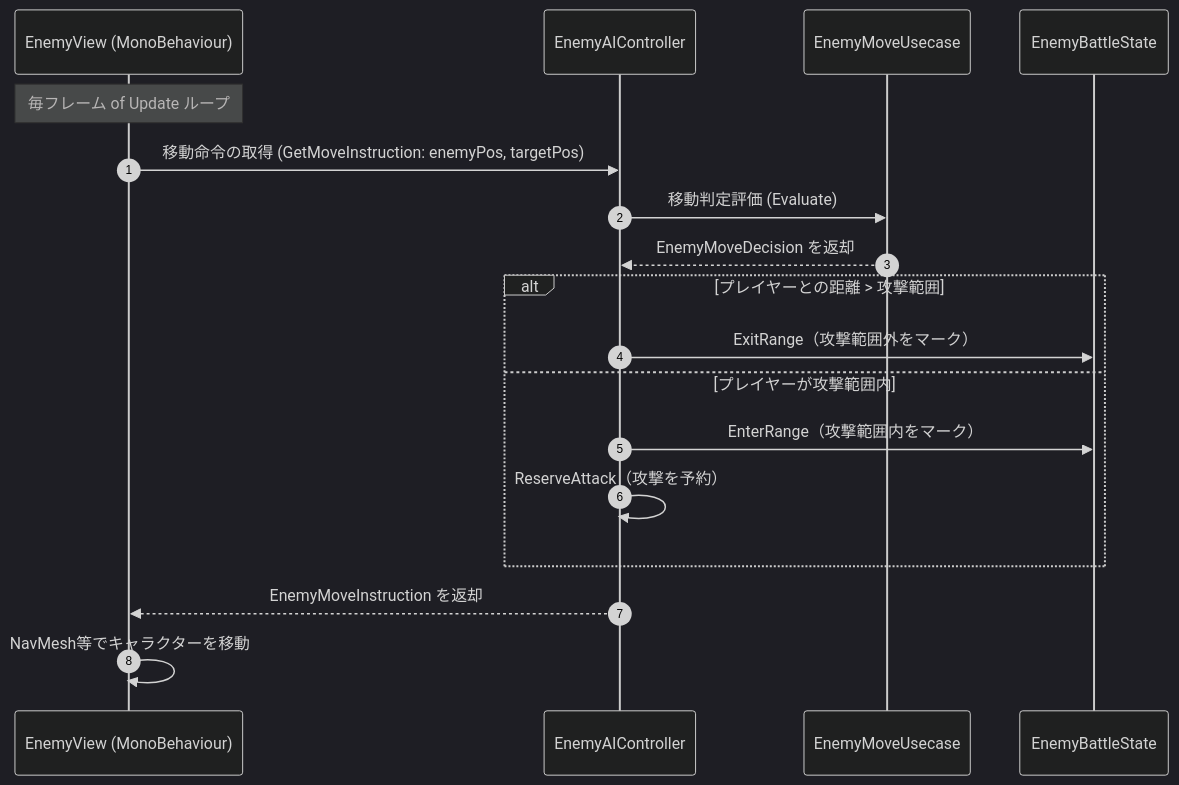
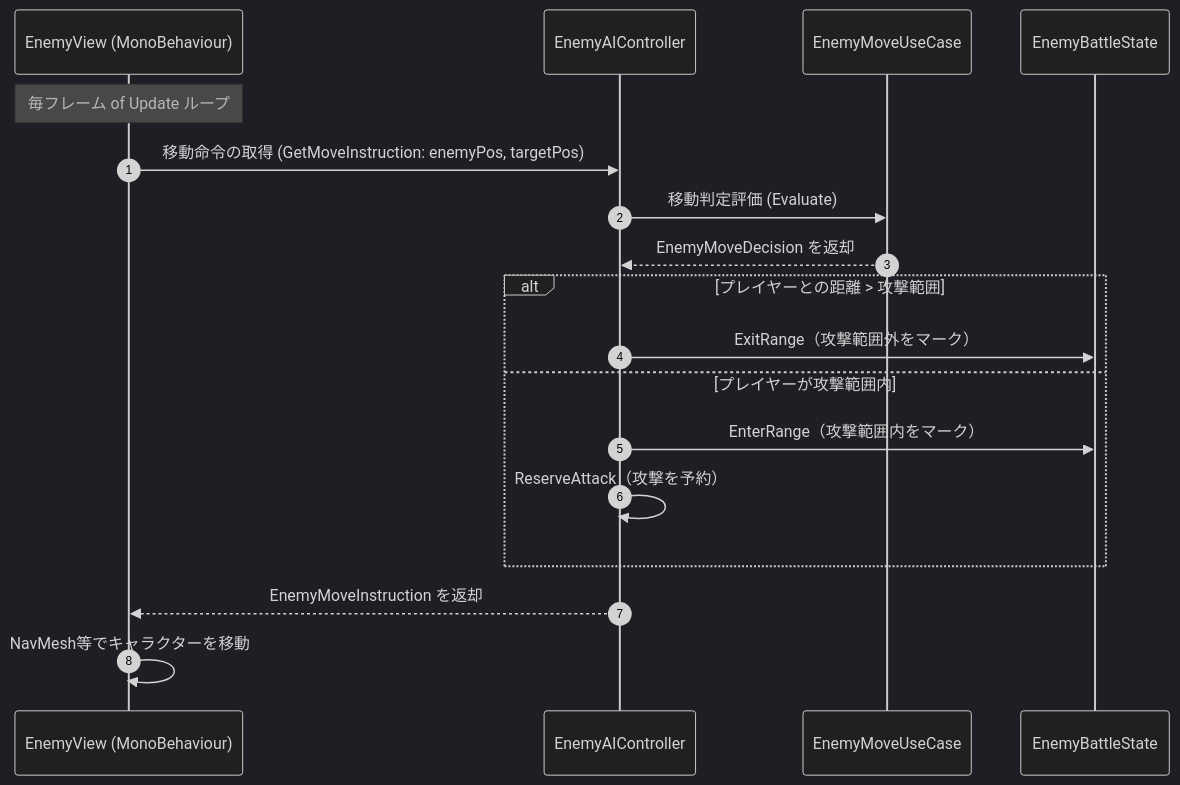
Before and after one commit to HIBIKI5201/SymphonyKillChord: the second of 5 diagrams in Assets/Docs/ScriptsDocs/Modules/NotionModuleDocs/Enemy.md, drawn with Mermaid (dark theme). The commit also changed other lines of this file and 89 other files, not shown here.

````diff
--- a/Assets/Docs/ScriptsDocs/Modules/NotionModuleDocs/Enemy.md
+++ b/Assets/Docs/ScriptsDocs/Modules/NotionModuleDocs/Enemy.md
@@ -187,21 +187,21 @@
 ```mermaid
 sequenceDiagram
     autonumber
     participant EView as EnemyView (MonoBehaviour)
     participant EAI as EnemyAIController
-    participant EMoveUC as EnemyMoveUsecase
+    participant EMoveUC as EnemyMoveUseCase
     participant EBState as EnemyBattleState
 
     Note over EView: 毎フレーム of Update ループ
     EView ->> EAI: 移動命令の取得 (GetMoveInstruction: enemyPos, targetPos)
     EAI ->> EMoveUC: 移動判定評価 (Evaluate)
     EMoveUC -->> EAI: EnemyMoveDecision を返却
     alt プレイヤーとの距離 > 攻撃範囲
         EAI ->> EBState: ExitRange（攻撃範囲外をマーク）
     else プレイヤーが攻撃範囲内
         EAI ->> EBState: EnterRange（攻撃範囲内をマーク）
         EAI ->> EAI: ReserveAttack（攻撃を予約）
     end
     EAI -->> EView: EnemyMoveInstruction を返却
     EView ->> EView: NavMesh等でキャラクターを移動
 ```
````
